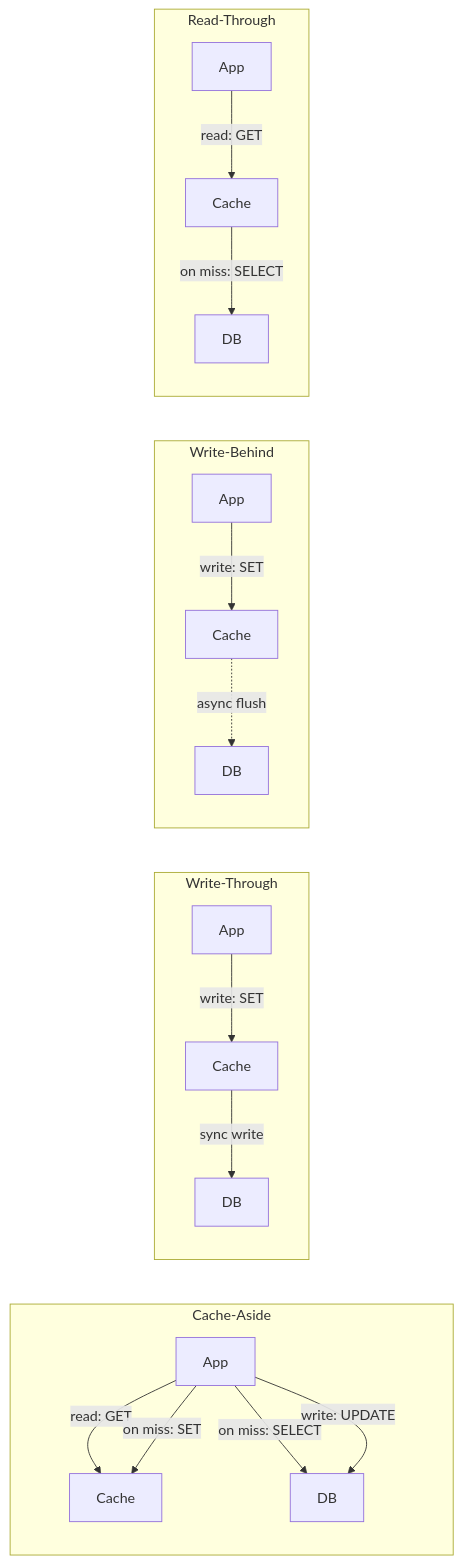
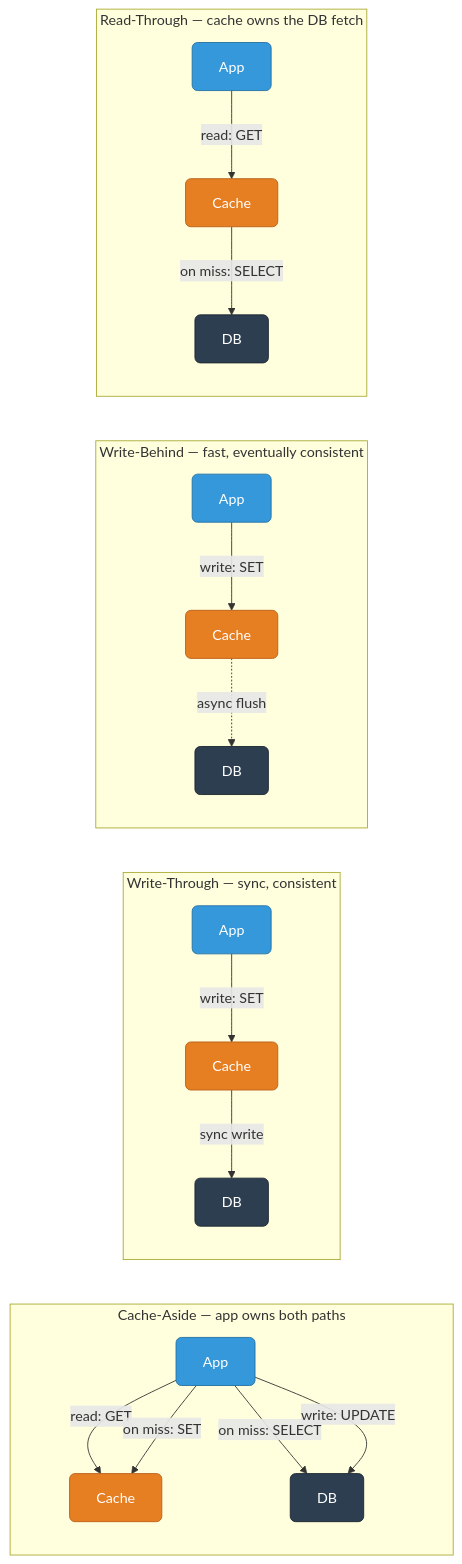
The sixth of 8 diagrams in databases/caching.md (deepanshu-rawat6/DevOpsIndex), drawn with Mermaid before and after one commit. The commit also changed other lines of this file and 7 other files, not shown here.

````diff
--- a/databases/caching.md
+++ b/databases/caching.md
@@ -161,24 +235,28 @@
 ```mermaid
 graph LR
-    subgraph CacheAside["Cache-Aside"]
-        CA_App["App"] -->|"read: GET"| CA_Cache["Cache"]
-        CA_App -->|"on miss: SELECT"| CA_DB["DB"]
+    classDef app fill:#3498db,stroke:#2471a3,color:#fff,rx:6
+    classDef cache fill:#e67e22,stroke:#ba6018,color:#fff,rx:6
+    classDef db fill:#2c3e50,stroke:#1a252f,color:#fff,rx:6
+
+    subgraph CacheAside["Cache-Aside — app owns both paths"]
+        CA_App["App"]:::app -->|"read: GET"| CA_Cache["Cache"]:::cache
+        CA_App -->|"on miss: SELECT"| CA_DB["DB"]:::db
         CA_App -->|"on miss: SET"| CA_Cache
         CA_App -->|"write: UPDATE"| CA_DB
     end
 
-    subgraph WriteThrough["Write-Through"]
-        WT_App["App"] -->|"write: SET"| WT_Cache["Cache"]
-        WT_Cache -->|"sync write"| WT_DB["DB"]
+    subgraph WriteThrough["Write-Through — sync, consistent"]
+        WT_App["App"]:::app -->|"write: SET"| WT_Cache["Cache"]:::cache
+        WT_Cache -->|"sync write"| WT_DB["DB"]:::db
     end
 
-    subgraph WriteBehind["Write-Behind"]
-        WB_App["App"] -->|"write: SET"| WB_Cache["Cache"]
-        WB_Cache -.->|"async flush"| WB_DB["DB"]
+    subgraph WriteBehind["Write-Behind — fast, eventually consistent"]
+        WB_App["App"]:::app -->|"write: SET"| WB_Cache["Cache"]:::cache
+        WB_Cache -.->|"async flush"| WB_DB["DB"]:::db
     end
 
-    subgraph ReadThrough["Read-Through"]
-        RT_App["App"] -->|"read: GET"| RT_Cache["Cache"]
-        RT_Cache -->|"on miss: SELECT"| RT_DB["DB"]
+    subgraph ReadThrough["Read-Through — cache owns the DB fetch"]
+        RT_App["App"]:::app -->|"read: GET"| RT_Cache["Cache"]:::cache
+        RT_Cache -->|"on miss: SELECT"| RT_DB["DB"]:::db
     end
 ```
````
